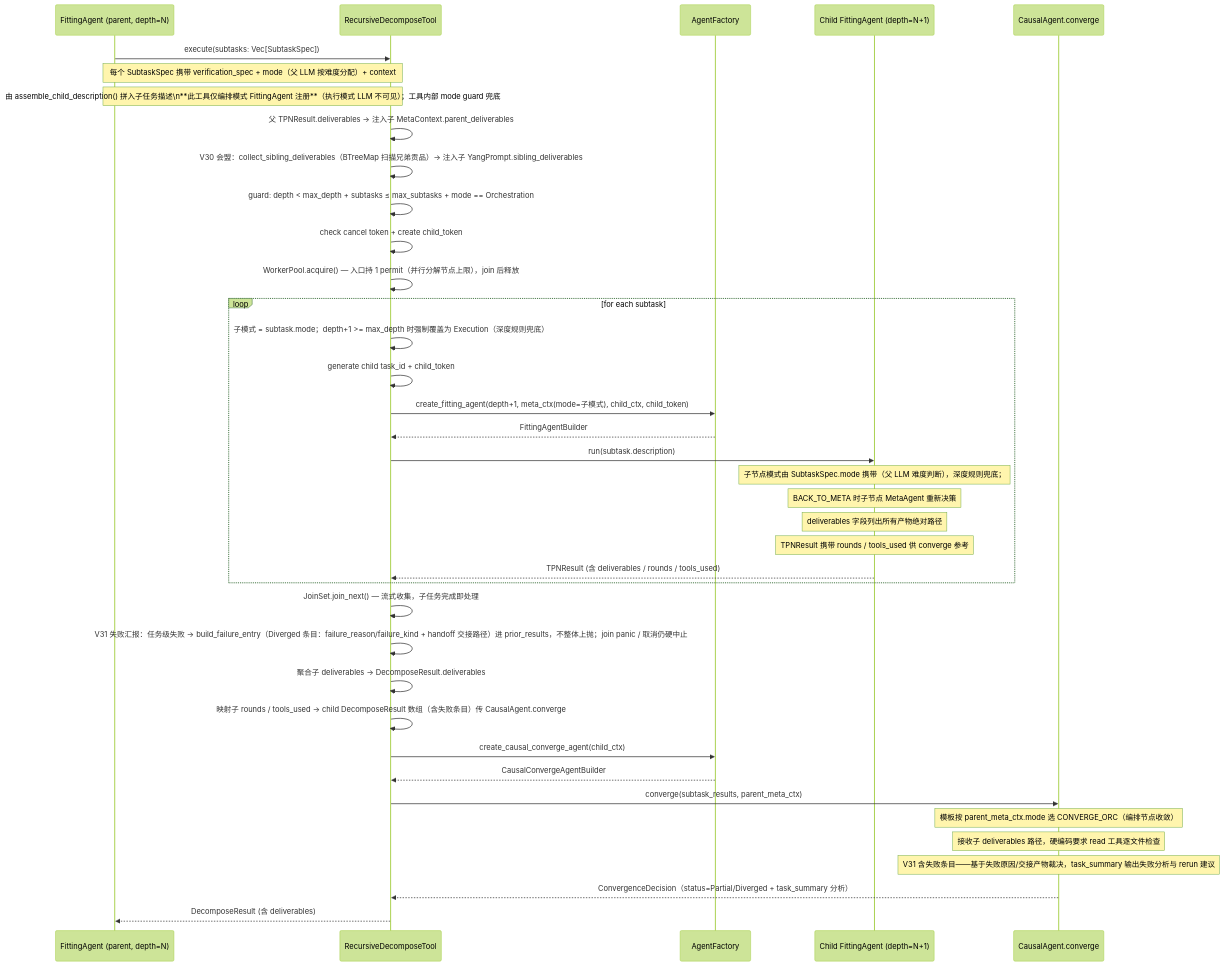
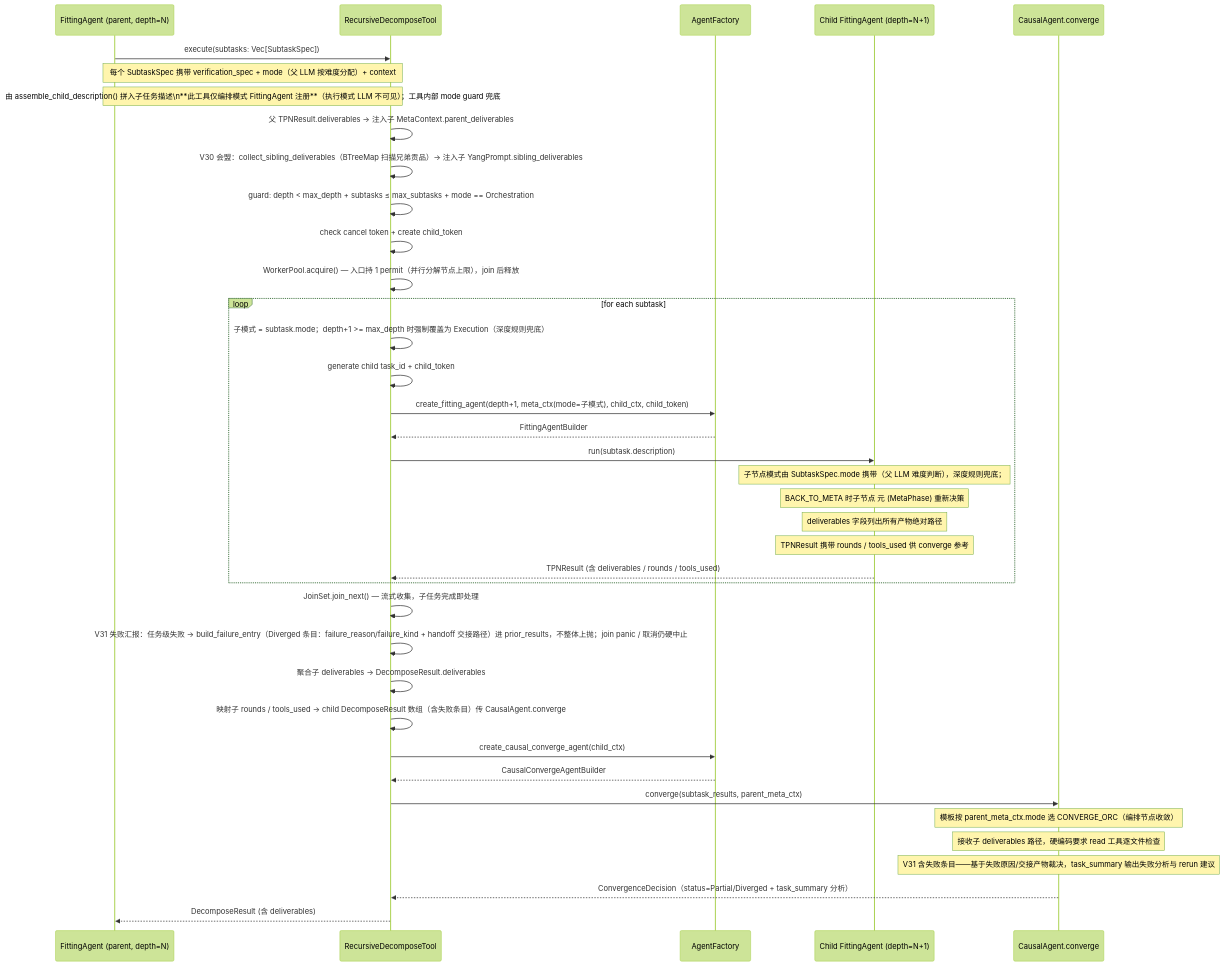
Before and after one commit to wenge6090-tech/taiji: the fifth of 7 diagrams in BCP-蓝图-完型协议.md, drawn with Mermaid (forest theme). The commit also changed other lines of this file and 37 other files, not shown here.

````diff
--- a/BCP-蓝图-完型协议.md
+++ b/BCP-蓝图-完型协议.md
@@ -931,44 +972,44 @@
 ```mermaid
 sequenceDiagram
     participant FA as FittingAgent (parent, depth=N)
     participant RDT as RecursiveDecomposeTool
     participant AF as AgentFactory
     participant CFA as Child FittingAgent (depth=N+1)
     participant CCA as CausalAgent.converge
 
     FA->>RDT: execute(subtasks: Vec[SubtaskSpec])
     Note over FA, RDT: 每个 SubtaskSpec 携带 verification_spec + mode（父 LLM 按难度分配）+ context
     Note over FA, RDT: 由 assemble_child_description() 拼入子任务描述\n**此工具仅编排模式 FittingAgent 注册**（执行模式 LLM 不可见）；工具内部 mode guard 兜底
     RDT->>RDT: 父 TPNResult.deliverables → 注入子 MetaContext.parent_deliverables
     RDT->>RDT: V30 会盟：collect_sibling_deliverables（BTreeMap 扫描兄弟贡品）→ 注入子 YangPrompt.sibling_deliverables
 
     RDT->>RDT: guard: depth < max_depth + subtasks ≤ max_subtasks + mode == Orchestration
     RDT->>RDT: check cancel token + create child_token
     RDT->>RDT: WorkerPool.acquire() — 入口持 1 permit（并行分解节点上限），join 后释放
 
     loop for each subtask
         RDT->>RDT: 子模式 = subtask.mode；depth+1 >= max_depth 时强制覆盖为 Execution（深度规则兜底）
         RDT->>RDT: generate child task_id + child_token
         RDT->>AF: create_fitting_agent(depth+1, meta_ctx(mode=子模式), child_ctx, child_token)
         AF-->>RDT: FittingAgentBuilder
         RDT->>CFA: run(subtask.description)
         Note over CFA: 子节点模式由 SubtaskSpec.mode 携带（父 LLM 难度判断），深度规则兜底；
-        Note over CFA: BACK_TO_META 时子节点 MetaAgent 重新决策
+        Note over CFA: BACK_TO_META 时子节点 元 (MetaPhase) 重新决策
         Note over CFA: deliverables 字段列出所有产物绝对路径
         Note over CFA: TPNResult 携带 rounds / tools_used 供 converge 参考
         CFA-->>RDT: TPNResult (含 deliverables / rounds / tools_used)
     end
 
     RDT->>RDT: JoinSet.join_next() — 流式收集，子任务完成即处理
     RDT->>RDT: V31 失败汇报：任务级失败 → build_failure_entry（Diverged 条目：failure_reason/failure_kind + handoff 交接路径）进 prior_results，不整体上抛；join panic / 取消仍硬中止
     RDT->>RDT: 聚合子 deliverables → DecomposeResult.deliverables
     RDT->>RDT: 映射子 rounds / tools_used → child DecomposeResult 数组（含失败条目）传 CausalAgent.converge
     RDT->>AF: create_causal_converge_agent(child_ctx)
     AF-->>RDT: CausalConvergeAgentBuilder
     RDT->>CCA: converge(subtask_results, parent_meta_ctx)
     Note over CCA: 模板按 parent_meta_ctx.mode 选 CONVERGE_ORC（编排节点收敛）
     Note over CCA: 接收子 deliverables 路径，硬编码要求 read 工具逐文件检查
     Note over CCA: V31 含失败条目——基于失败原因/交接产物裁决，task_summary 输出失败分析与 rerun 建议
     CCA-->>RDT: ConvergenceDecision（status=Partial/Diverged + task_summary 分析）
     RDT-->>FA: DecomposeResult (含 deliverables)
 ```
````
